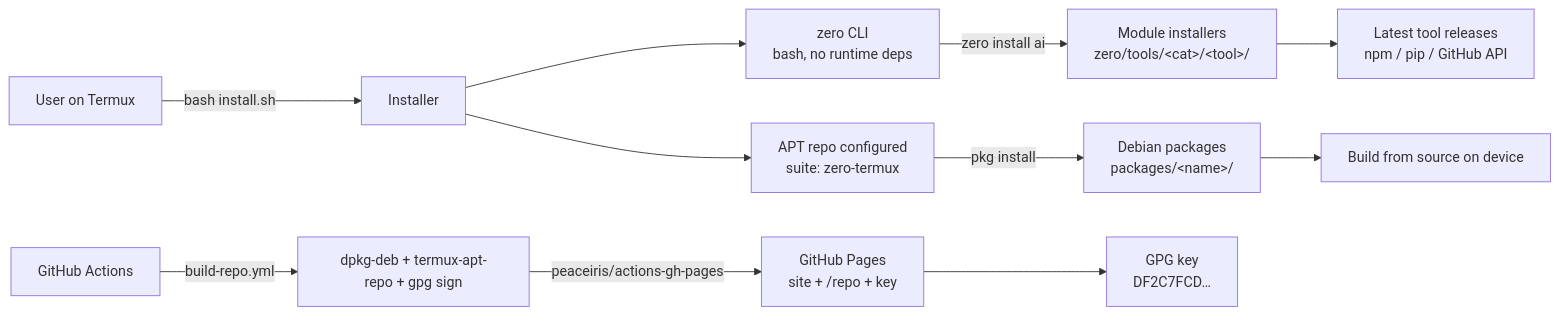
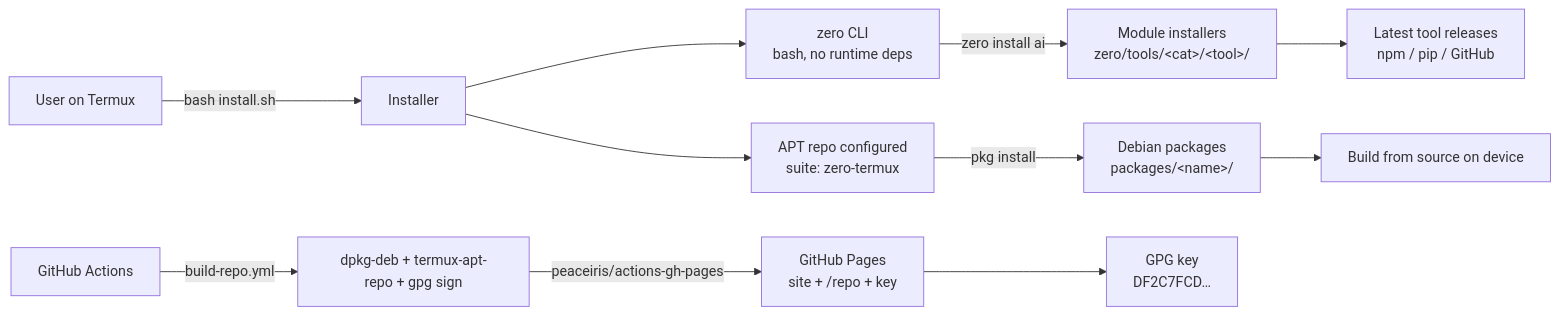
The diagram in README.md (Vaizer0/zero-termux), drawn with Mermaid before and after one commit. The commit also changed other lines of this file and 2 other files, not shown here.

````diff
--- a/README.md
+++ b/README.md
@@ -438,13 +435,13 @@
 ```mermaid
 flowchart LR
     U[User on Termux] -->|bash install.sh| I[Installer]
     I --> C[zero CLI<br/>bash, no runtime deps]
     I --> A[APT repo configured<br/>suite: zero-termux]
     C -->|zero install ai| M[Module installers<br/>zero/tools/&lt;cat&gt;/&lt;tool&gt;/]
     A -->|pkg install| P[Debian packages<br/>packages/&lt;name&gt;/]
-    M --> T[Latest tool releases<br/>npm / pip / GitHub API]
+    M --> T[Latest tool releases<br/>npm / pip / GitHub]
     P --> S[Build from source on device]
     CI[GitHub Actions] -->|build-repo.yml| B[dpkg-deb + termux-apt-repo + gpg sign]
     B -->|peaceiris/actions-gh-pages| G[GitHub Pages<br/>site + /repo + key]
     G --> PGP[GPG key<br/>DF2C7FCD…]
 ```
````
